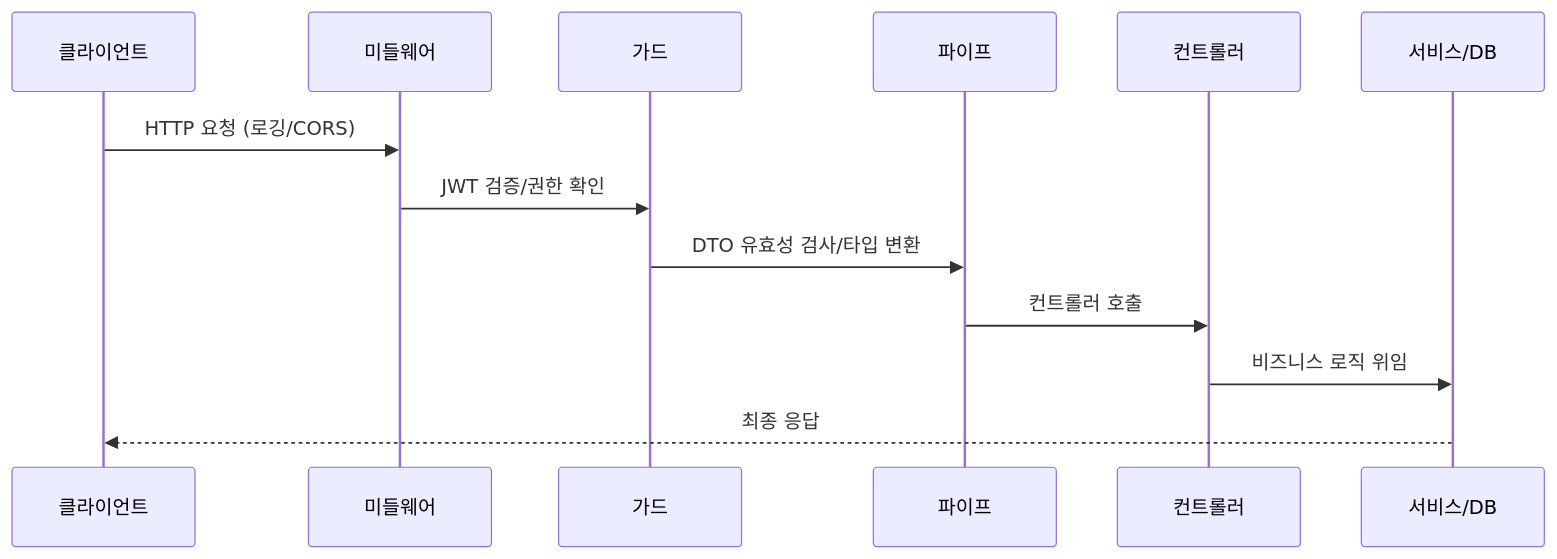
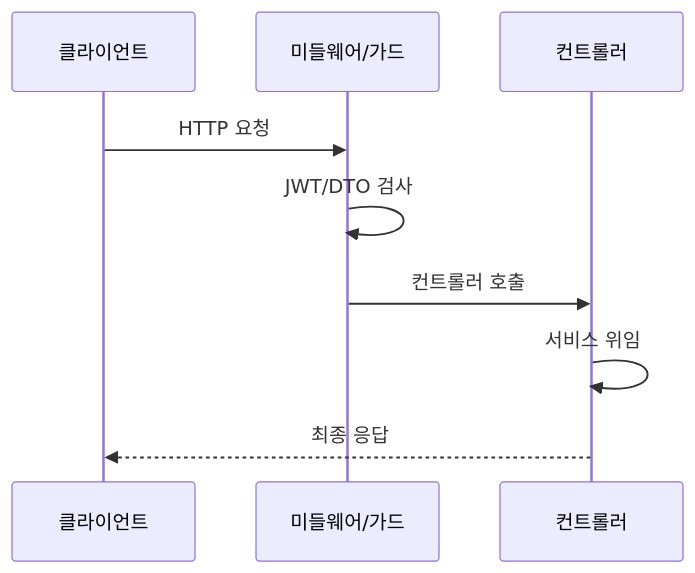
The third of 4 diagrams in _posts/frontend/2026-05-02-nestjs-fundamentals.md (yjkim2015/yjkim2015.github.io), drawn with Mermaid before and after one commit. The commit also changed 155 other files, not shown here.

First line of the commit message:
Mermaid 전면 수정: subgraph 제거, participant/노드/줄수 축소 (342블록)

````diff
--- a/_posts/frontend/2026-05-02-nestjs-fundamentals.md
+++ b/_posts/frontend/2026-05-02-nestjs-fundamentals.md
@@ -287,15 +287,11 @@
 ```mermaid
 sequenceDiagram
     participant C as 클라이언트
-    participant MW as 미들웨어
-    participant G as 가드
-    participant PIPE as 파이프
+    participant MW as 미들웨어/가드
     participant CTRL as 컨트롤러
-    participant SVC as 서비스/DB
-    C->>MW: HTTP 요청 (로깅/CORS)
-    MW->>G: JWT 검증/권한 확인
-    G->>PIPE: DTO 유효성 검사/타입 변환
-    PIPE->>CTRL: 컨트롤러 호출
-    CTRL->>SVC: 비즈니스 로직 위임
-    SVC-->>C: 최종 응답
+    C->>MW: HTTP 요청
+    MW->>MW: JWT/DTO 검사
+    MW->>CTRL: 컨트롤러 호출
+    CTRL->>CTRL: 서비스 위임
+    CTRL-->>C: 최종 응답
 ```
````
